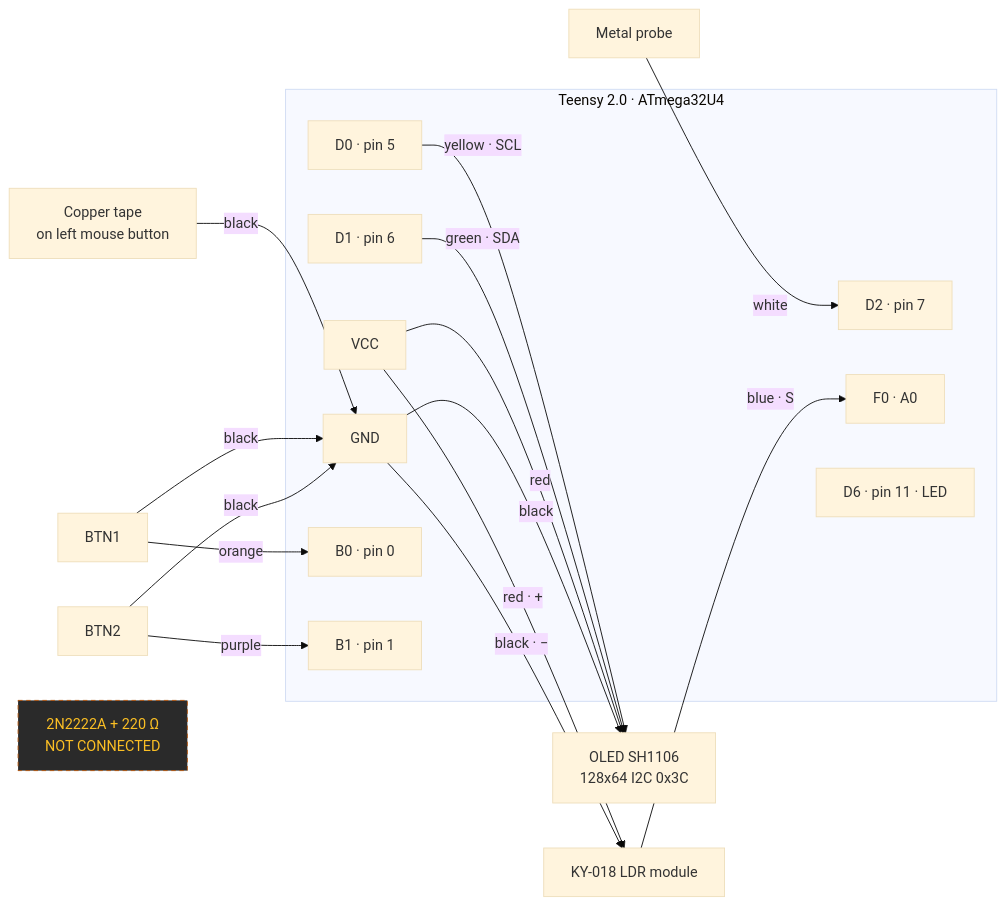
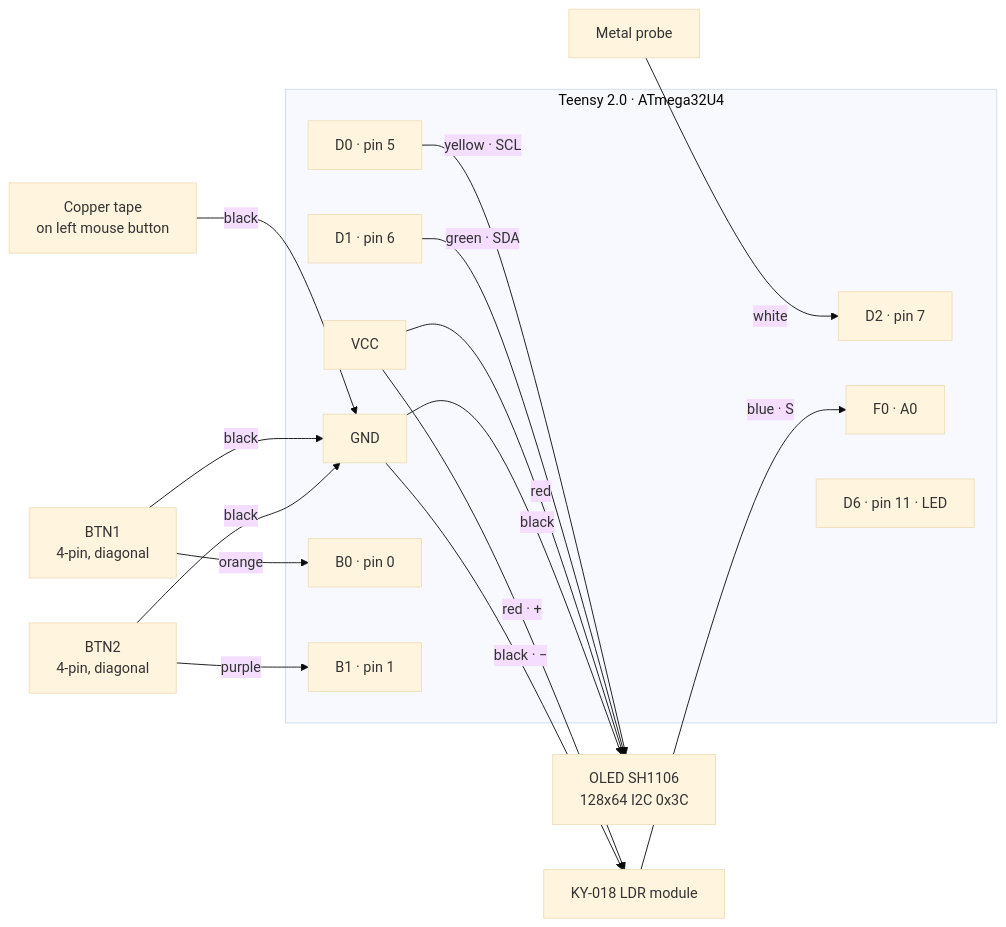
Before and after one commit to PrimeBuild-pc/MouseLatencyTester: the diagram in README.md, drawn with Mermaid (base theme). The commit also changed other lines of this file and 36 other files, not shown here.

````diff
--- a/README.md
+++ b/README.md
@@ -436,35 +473,32 @@
 ```mermaid
 graph LR
     subgraph Teensy["Teensy 2.0 · ATmega32U4"]
         VCC["VCC"]
         GND["GND"]
         D2["D2 · pin 7"]
         D0["D0 · pin 5"]
         D1["D1 · pin 6"]
         F0["F0 · A0"]
         B0["B0 · pin 0"]
         B1["B1 · pin 1"]
         LED["D6 · pin 11 · LED"]
     end
 
     PROBE["Metal probe"] -->|white| D2
     TAPE["Copper tape<br/>on left mouse button"] -->|black| GND
 
     D0 -->|yellow · SCL| OLED["OLED SH1106<br/>128x64 I2C 0x3C"]
     D1 -->|green · SDA| OLED
     VCC -->|red| OLED
     GND -->|black| OLED
 
     KY["KY-018 LDR module"] -->|blue · S| F0
     VCC -->|red · +| KY
     GND -->|black · −| KY
 
-    BTN1["BTN1"] -->|orange| B0
+    BTN1["BTN1<br/>4-pin, diagonal"] -->|orange| B0
     BTN1 -->|black| GND
-    BTN2["BTN2"] -->|purple| B1
+    BTN2["BTN2<br/>4-pin, diagonal"] -->|purple| B1
     BTN2 -->|black| GND
 
-    TRANSISTOR["2N2222A + 220 Ω<br/>NOT CONNECTED"]:::todo
-
-    classDef todo fill:#2a2a2a,stroke:#b45309,stroke-dasharray: 5 4,color:#fbbf24
 ```
````
